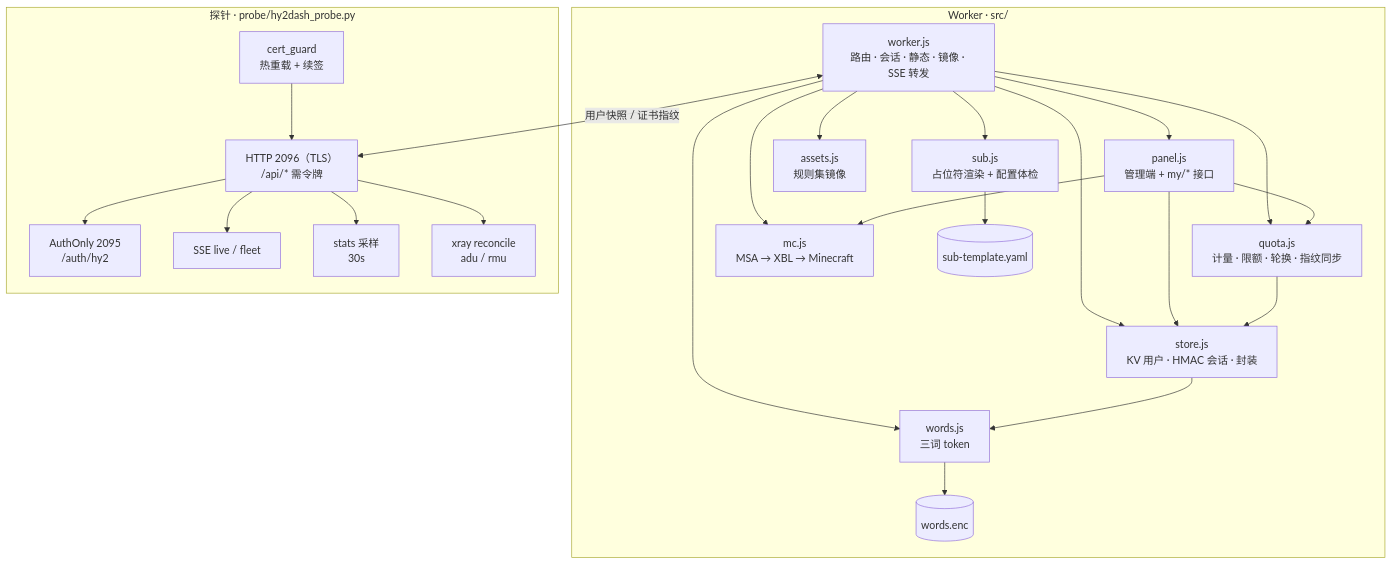
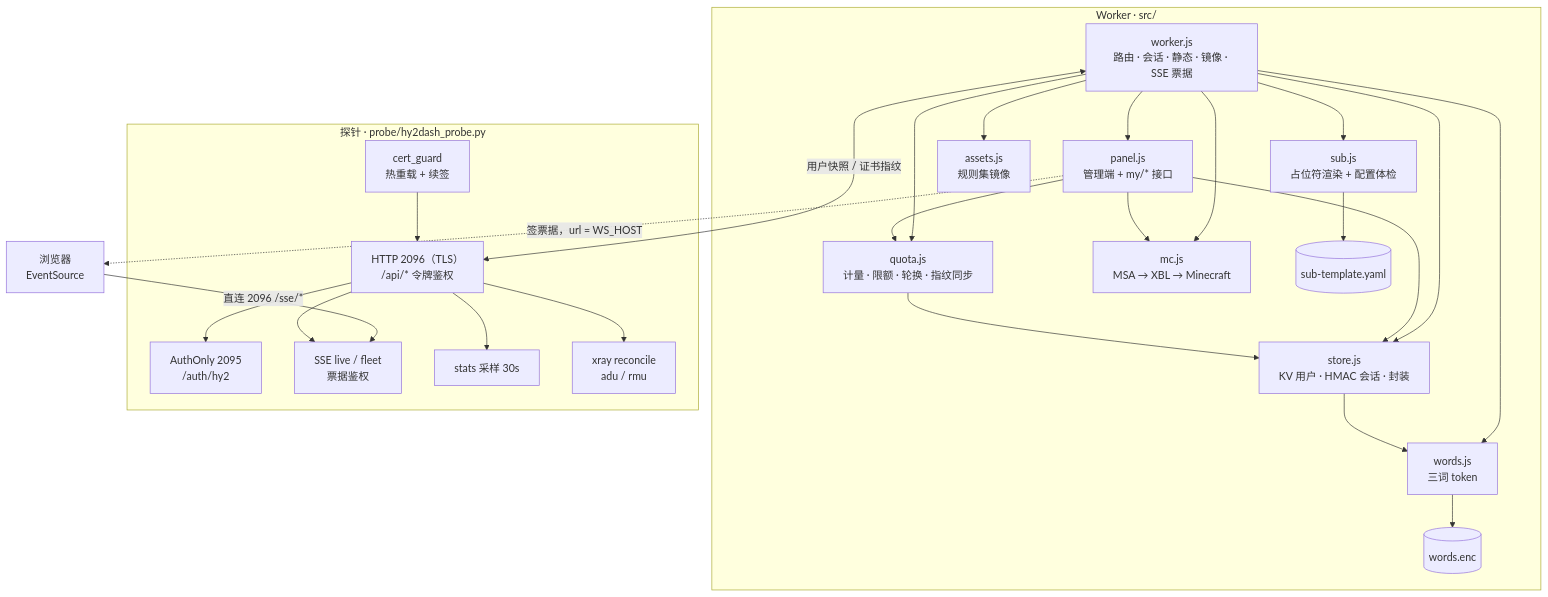
The second of 2 diagrams in README.zh.md (Bemly/hy2dash), drawn with Mermaid before and after one commit. The commit also changed other lines of this file and 1 other file, not shown here.

First line of the commit message:
docs(readme): 按实测更正架构图——SSE 不经 Worker，2096 也走边缘

````diff
--- a/README.zh.md
+++ b/README.zh.md
@@ -153,45 +166,49 @@
 ```mermaid
 flowchart TB
   subgraph WK["Worker · src/"]
-    WR["worker.js<br/>路由 · 会话 · 静态 · 镜像 · SSE 转发"]
+    WR["worker.js<br/>路由 · 会话 · 静态 · 镜像 · SSE 票据"]
     PN["panel.js<br/>管理端 + my/* 接口"]
     SB["sub.js<br/>占位符渲染 + 配置体检"]
     QT["quota.js<br/>计量 · 限额 · 轮换 · 指纹同步"]
     ST["store.js<br/>KV 用户 · HMAC 会话 · 封装"]
     MC["mc.js<br/>MSA → XBL → Minecraft"]
     WD["words.js<br/>三词 token"]
     AS["assets.js<br/>规则集镜像"]
     TP[("sub-template.yaml")]
     WE[("words.enc")]
   end
 
   subgraph PB["探针 · probe/hy2dash_probe.py"]
-    API["HTTP 2096（TLS）<br/>/api/* 需令牌"]
+    API["HTTP 2096（TLS）<br/>/api/* 令牌鉴权"]
     AU["AuthOnly 2095<br/>/auth/hy2"]
-    SS["SSE live / fleet"]
-    SMP["stats 采样<br/>30s"]
+    SS["SSE live / fleet<br/>票据鉴权"]
+    SMP["stats 采样 30s"]
     XR2["xray reconcile<br/>adu / rmu"]
     CG["cert_guard<br/>热重载 + 续签"]
   end
+
+  BR["浏览器<br/>EventSource"]
 
   WR --> PN
   WR --> SB
   WR --> ST
   WR --> MC
   WR --> WD
   WR --> QT
   WR --> AS
   PN --> ST
   PN --> QT
   PN --> MC
   QT --> ST
   ST --> WD
   SB --> TP
   WD --> WE
   WR <-->|"用户快照 / 证书指纹"| API
+  PN -.->|"签票据，url = WS_HOST"| BR
+  BR -->|"直连 2096 /sse/*"| SS
   API --> AU
   API --> SS
   API --> SMP
   API --> XR2
   CG --> API
 ```
````
